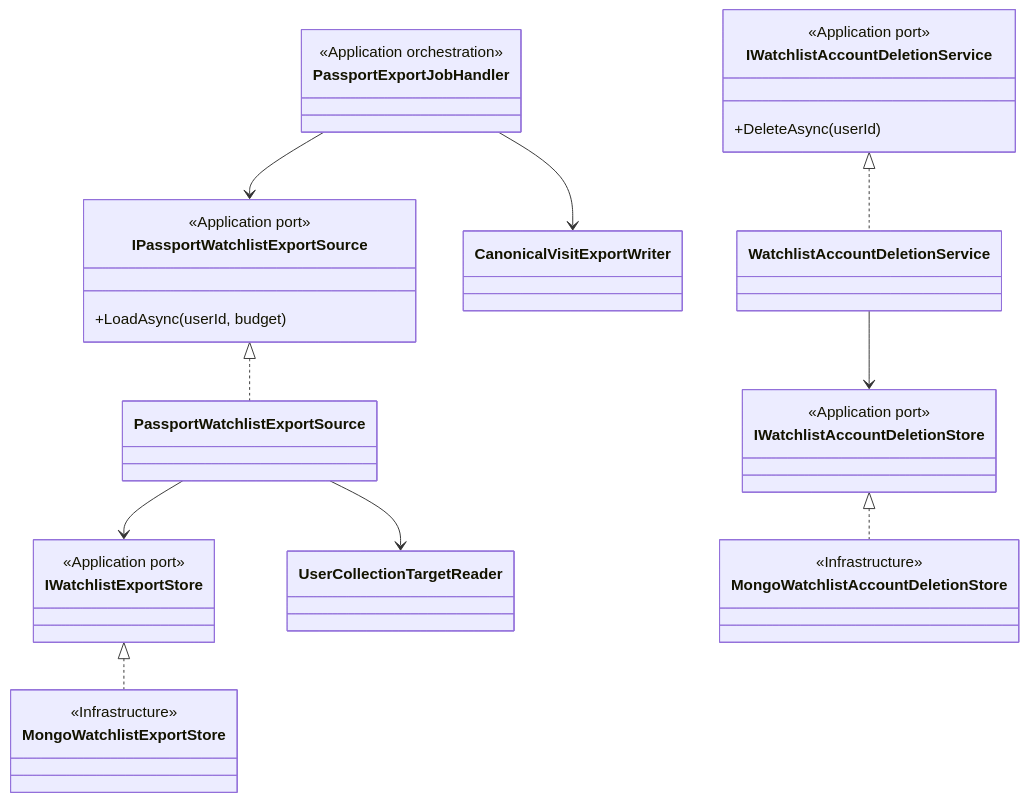
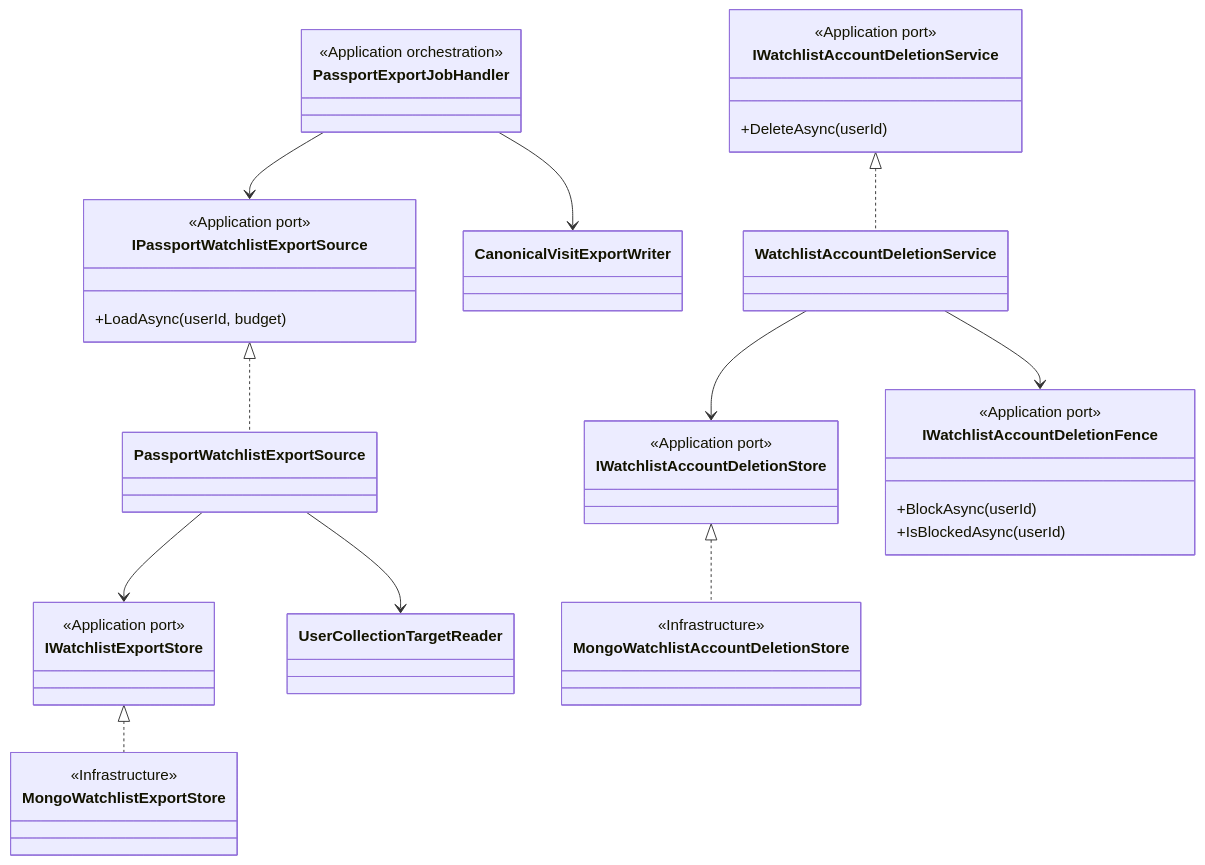
The second of 4 diagrams in docs/architecture/product-growth-watch-11-data-lifecycle-2026-09-17.md (Ced59/AmusementParkProject), drawn with Mermaid before and after one commit. The commit also changed other lines of this file and 25 other files, not shown here.

Commit message:
fix(watch): fence account deletion and export budget

````diff
--- a/docs/architecture/product-growth-watch-11-data-lifecycle-2026-09-17.md
+++ b/docs/architecture/product-growth-watch-11-data-lifecycle-2026-09-17.md
@@ -58,40 +60,46 @@
 ```mermaid
 classDiagram
     class PassportExportJobHandler {
       <<Application orchestration>>
     }
     class IPassportWatchlistExportSource {
       <<Application port>>
       +LoadAsync(userId, budget)
     }
     class PassportWatchlistExportSource
     class IWatchlistExportStore {
       <<Application port>>
     }
     class MongoWatchlistExportStore {
       <<Infrastructure>>
     }
     class UserCollectionTargetReader
     class CanonicalVisitExportWriter
     class IWatchlistAccountDeletionService {
       <<Application port>>
       +DeleteAsync(userId)
     }
     class WatchlistAccountDeletionService
     class IWatchlistAccountDeletionStore {
       <<Application port>>
     }
+    class IWatchlistAccountDeletionFence {
+      <<Application port>>
+      +BlockAsync(userId)
+      +IsBlockedAsync(userId)
+    }
     class MongoWatchlistAccountDeletionStore {
       <<Infrastructure>>
     }
 
     PassportExportJobHandler --> IPassportWatchlistExportSource
     IPassportWatchlistExportSource <|.. PassportWatchlistExportSource
     PassportWatchlistExportSource --> IWatchlistExportStore
     PassportWatchlistExportSource --> UserCollectionTargetReader
     IWatchlistExportStore <|.. MongoWatchlistExportStore
     PassportExportJobHandler --> CanonicalVisitExportWriter
     IWatchlistAccountDeletionService <|.. WatchlistAccountDeletionService
     WatchlistAccountDeletionService --> IWatchlistAccountDeletionStore
+    WatchlistAccountDeletionService --> IWatchlistAccountDeletionFence
     IWatchlistAccountDeletionStore <|.. MongoWatchlistAccountDeletionStore
 ```
````
